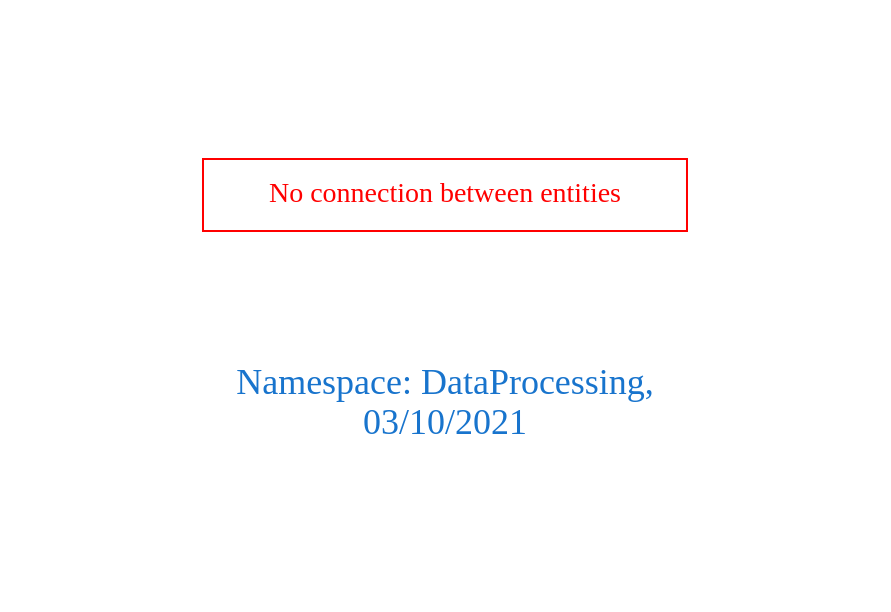
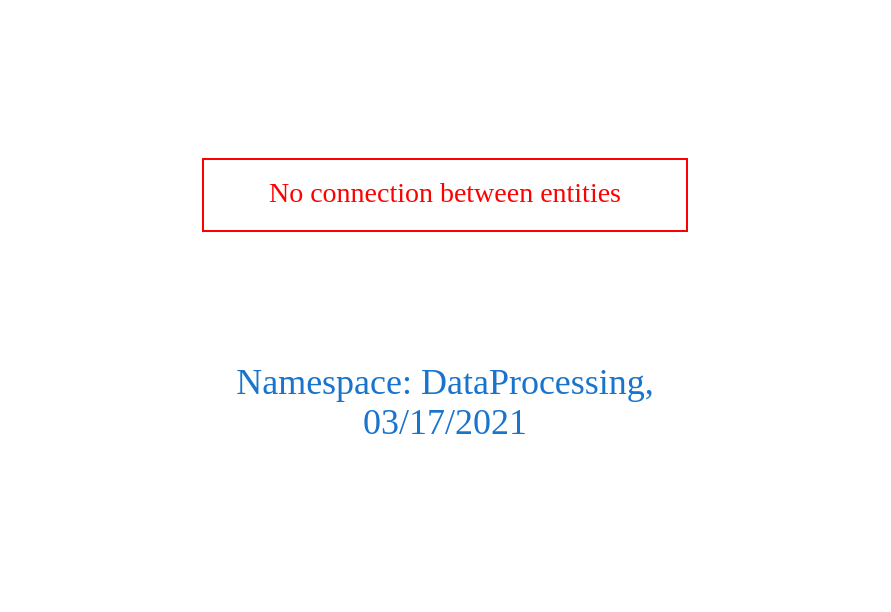
One commit to arago/OGIT changed the diagram in downloads/DataProcessing.dot. Above: the diagram before and after it, drawn with Graphviz. The commit also changed 1846 other files, not shown here.

```diff
--- a/downloads/DataProcessing.dot
+++ b/downloads/DataProcessing.dot
@@ -1,9 +1,9 @@
 digraph OGIT_ontology {
  graph [ rankdir= LR,pad=1 
 fontsize = 18,
-fontcolor= dodgerblue3,label = "\n\n\nNamespace: DataProcessing, \n 03/10/2021"];
+fontcolor= dodgerblue3,label = "\n\n\nNamespace: DataProcessing, \n 03/17/2021"];
 node[shape=polygon];
 edge [  color="gray81"];
 
 "No connection between entities" [fontcolor = "red",color="red", shape="polygon"]
 }
```
